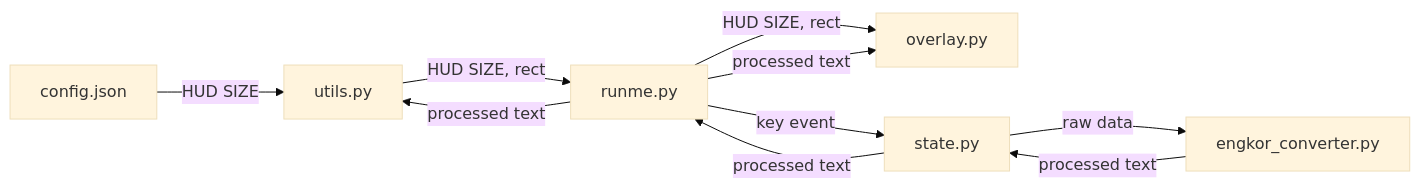
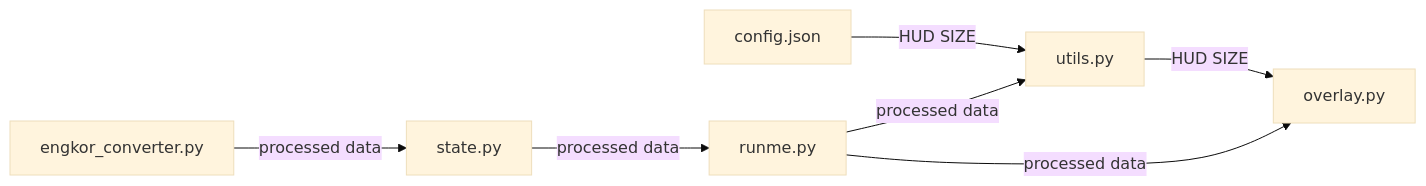
The diagram in readme.md (amature0000/engkor_converter), drawn with Mermaid (base theme) before and after one commit. The commit also changed other lines of this file and 5 other files, not shown here.

````diff
--- a/readme.md
+++ b/readme.md
@@ -10,14 +10,11 @@
 ```mermaid
 flowchart LR
 
     config.json -->|HUD SIZE| U[utils.py]
-    U -->|HUD SIZE, rect| M[runme.py]
-    M -->|HUD SIZE, rect| O[overlay.py]
+    U -->|HUD SIZE| O[overlay.py]
     
-    M -->|key event| S[state.py]
-    S -->|raw data| C[engkor_converter.py]
-    C -->|processed text| S
-    S -->|processed text| M
-    M -->|processed text| U
-    M -->|processed text| O
+    C[engkor_converter.py] -->|processed data| S
+    S[state.py] -->|processed data| M[runme.py]
+    M -->|processed data| O
+    M -->|processed data| U
 ```
````
